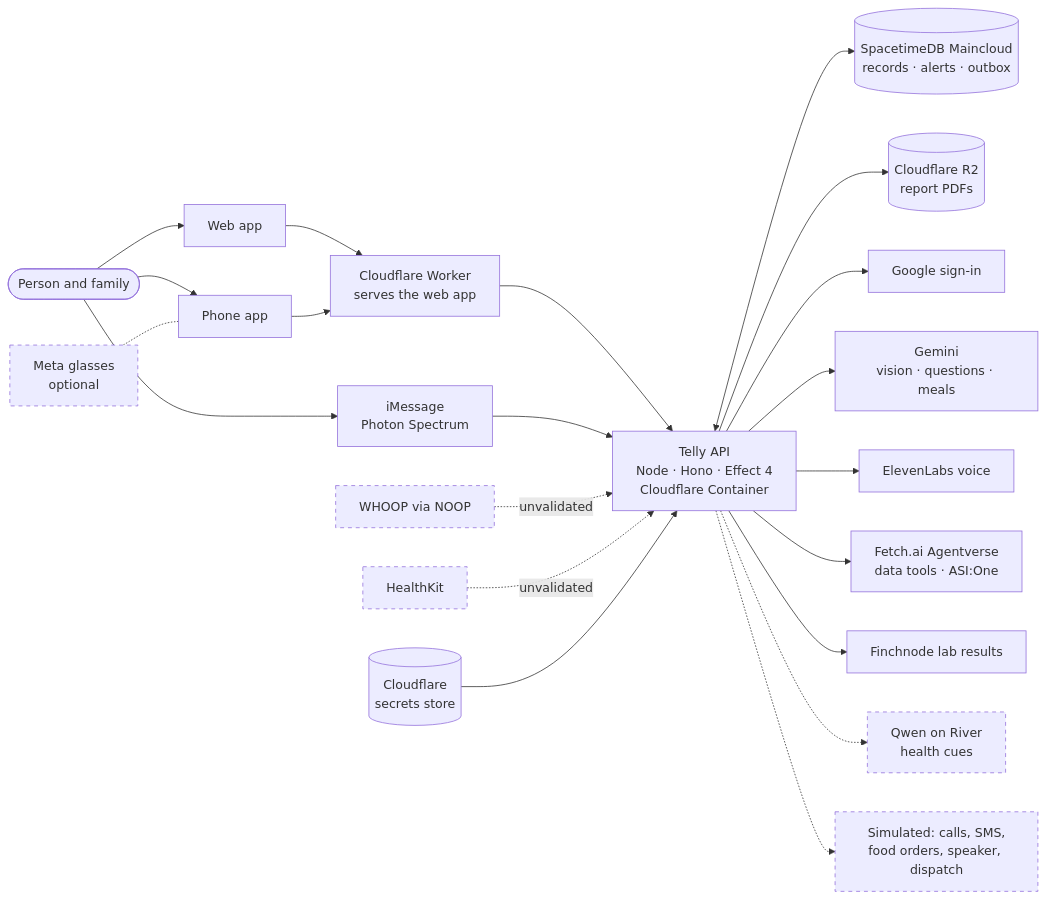
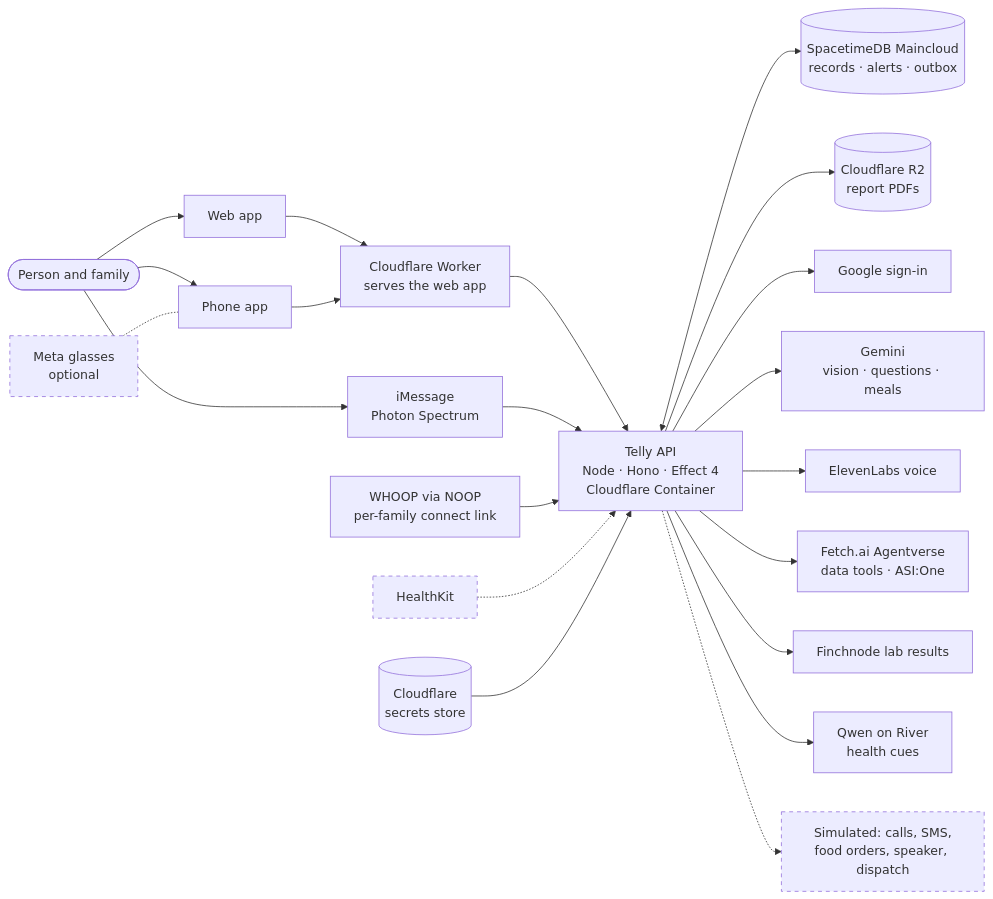
The first of 14 diagrams in README.md (42nights/telly), drawn with Mermaid before and after one commit. The commit also changed other lines of this file and 2 other files, not shown here.

````diff
--- a/README.md
+++ b/README.md
@@ -32,36 +31,37 @@
 ```mermaid
 flowchart LR
     users(["Person and family"])
     web["Web app"]
     phone["Phone app"]
     imsg["iMessage<br/>Photon Spectrum"]
     glasses["Meta glasses<br/>optional"]
-    noop["WHOOP via NOOP"]
+    noop["WHOOP via NOOP<br/>per-family connect link"]
     hk["HealthKit"]
     worker["Cloudflare Worker<br/>serves the web app"]
     api["Telly API<br/>Node · Hono · Effect 4<br/>Cloudflare Container"]
     secrets[("Cloudflare<br/>secrets store")]
     db[("SpacetimeDB Maincloud<br/>records · alerts · outbox")]
     r2[("Cloudflare R2<br/>report PDFs")]
     google["Google sign-in"]
     gemini["Gemini<br/>vision · questions · meals"]
     eleven["ElevenLabs voice"]
     fetch["Fetch.ai Agentverse<br/>data tools · ASI:One"]
     finch["Finchnode lab results"]
     qwen["Qwen on River<br/>health cues"]
     sim["Simulated: calls, SMS,<br/>food orders, speaker, dispatch"]
 
     users --> web & phone & imsg
     glasses -.- phone
     web & phone --> worker --> api
     imsg --> api
-    noop & hk -.->|"unvalidated"| api
+    noop --> api
+    hk -.-> api
     secrets --> api
     api <--> db
     api --> r2
-    api --> google & gemini & eleven & fetch & finch
-    api -.-> qwen & sim
+    api --> google & gemini & eleven & fetch & finch & qwen
+    api -.-> sim
 
     classDef dashed stroke-dasharray: 5 5
-    class glasses,qwen,noop,hk,sim dashed
+    class glasses,hk,sim dashed
 ```
````
